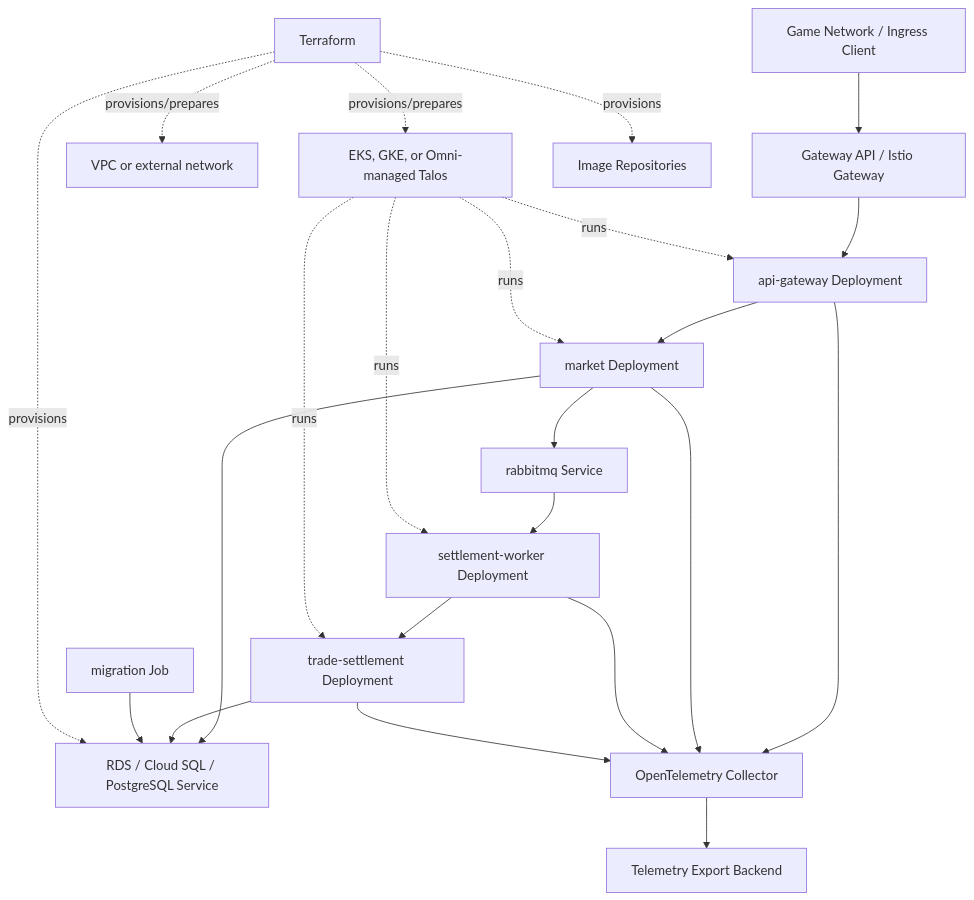
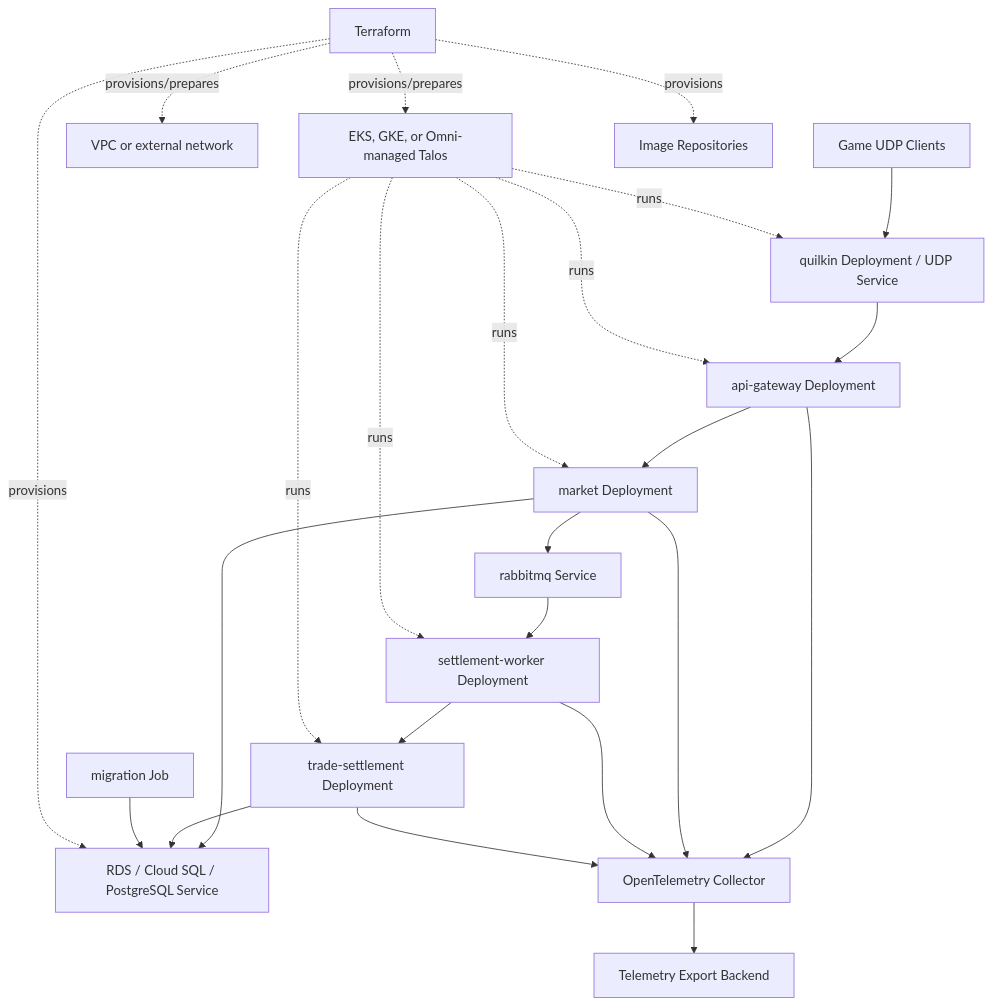
Before and after one commit to QuasarRay/eve-trade: the diagram in Architecture/ISO-42010/06-deployment-operations-view.md, drawn with Mermaid. The commit also changed other lines of this file and 61 other files, not shown here.

````diff
--- a/Architecture/ISO-42010/06-deployment-operations-view.md
+++ b/Architecture/ISO-42010/06-deployment-operations-view.md
@@ -50,27 +55,28 @@
 ```mermaid
 flowchart TB
-  Internet["Game Network / Ingress Client"] --> GatewayAPI["Gateway API / Istio Gateway"]
-  GatewayAPI --> APIGW["api-gateway Deployment"]
+  Internet["Game UDP Clients"] --> Quilkin["quilkin Deployment / UDP Service"]
+  Quilkin --> APIGW["api-gateway Deployment"]
   APIGW --> Market["market Deployment"]
   Market --> Rabbit["rabbitmq Service"]
   Rabbit --> Worker["settlement-worker Deployment"]
   Worker --> Settlement["trade-settlement Deployment"]
   Market --> DB["RDS / Cloud SQL / PostgreSQL Service"]
   Settlement --> DB
   Migrate["migration Job"] --> DB
 
   APIGW --> Collector["OpenTelemetry Collector"]
   Market --> Collector
   Worker --> Collector
   Settlement --> Collector
   Collector --> Observability["Telemetry Export Backend"]
 
   Terraform["Terraform"] -. provisions/prepares .-> VPC["VPC or external network"]
   Terraform -. provisions/prepares .-> K8sCloud["EKS, GKE, or Omni-managed Talos"]
   Terraform -. provisions .-> DB
   Terraform -. provisions .-> Images["Image Repositories"]
   K8sCloud -. runs .-> APIGW
+  K8sCloud -. runs .-> Quilkin
   K8sCloud -. runs .-> Market
   K8sCloud -. runs .-> Worker
   K8sCloud -. runs .-> Settlement
 ```
````
